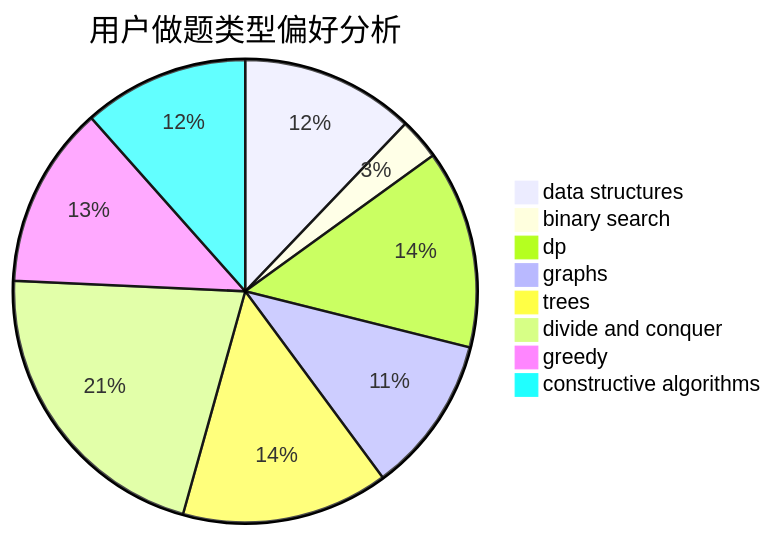
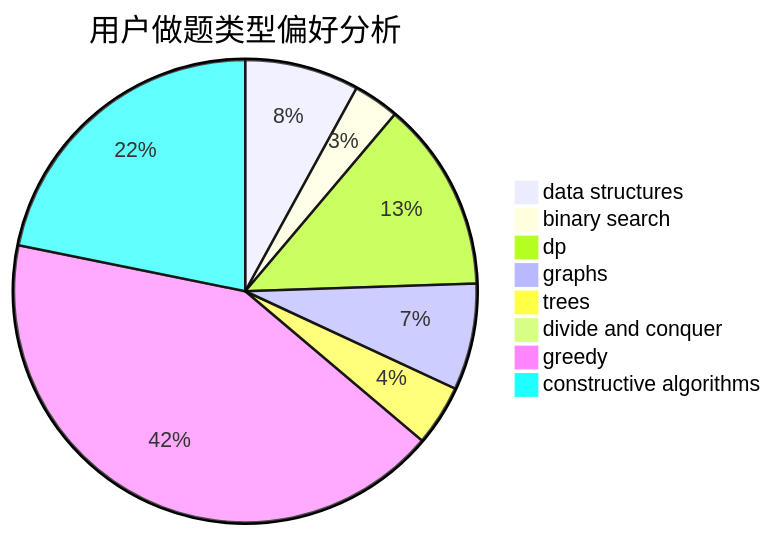
Before and after one commit to sherpahu/cfrs.github.io: the second of 3 diagrams in docs/user/u1623.md, drawn with Mermaid. The commit also changed other lines of this file and 2770 other files, not shown here.

````diff
--- a/docs/user/u1623.md
+++ b/docs/user/u1623.md
@@ -23,11 +23,11 @@
 ```mermaid
 pie title 用户做题类型偏好分析
-    "data structures" :  21
-    "binary search" :  5
-    "dp" :  24
-    "graphs" :  19
-    "trees" :  25
-    "divide and conquer" :  37
-    "greedy" :  22
-    "constructive algorithms" :  20
+    "data structures" :  15
+    "binary search" :  6
+    "dp" :  25
+    "graphs" :  14
+    "trees" :  8
+    "divide and conquer" :  0
+    "greedy" :  79
+    "constructive algorithms" :  41
 ```
````
